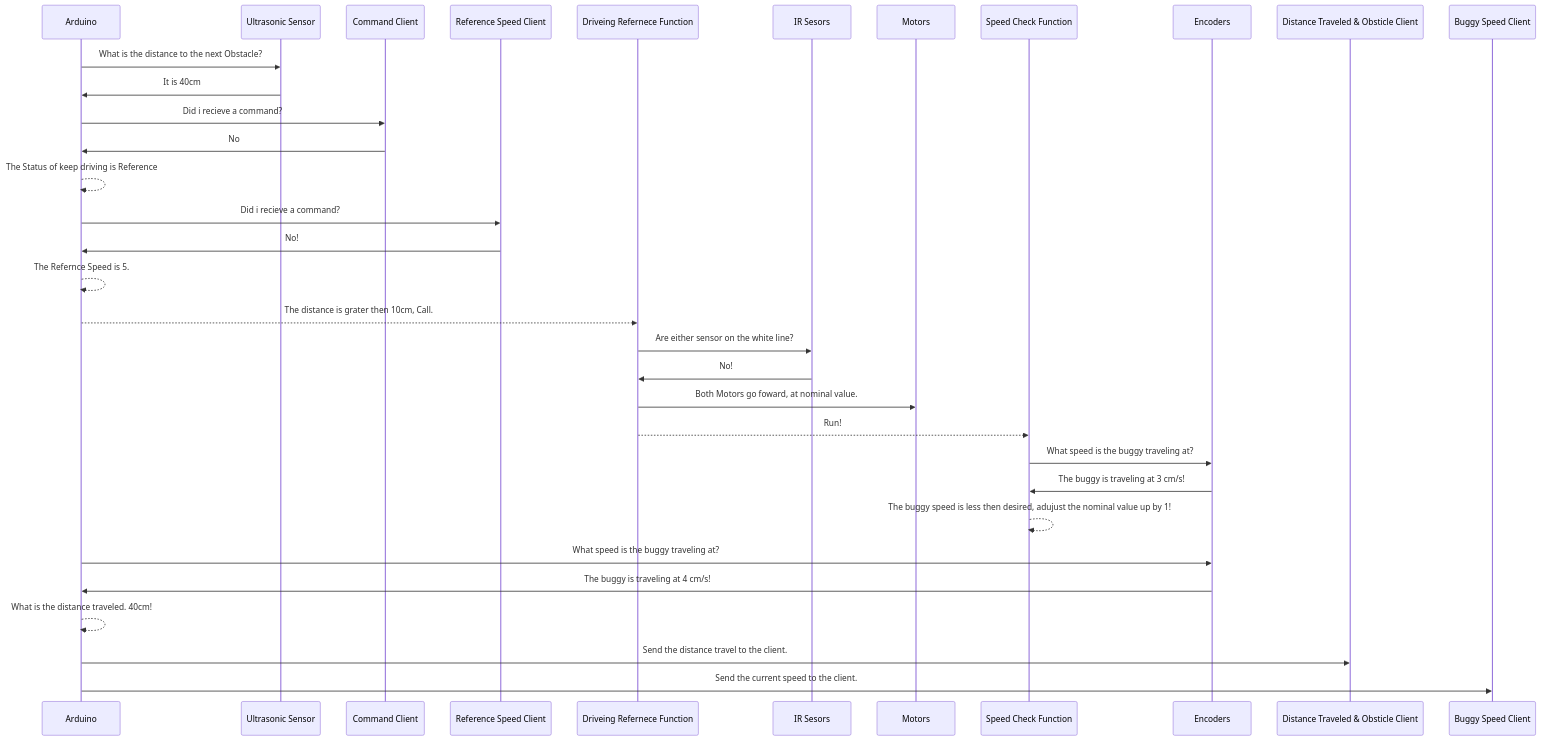
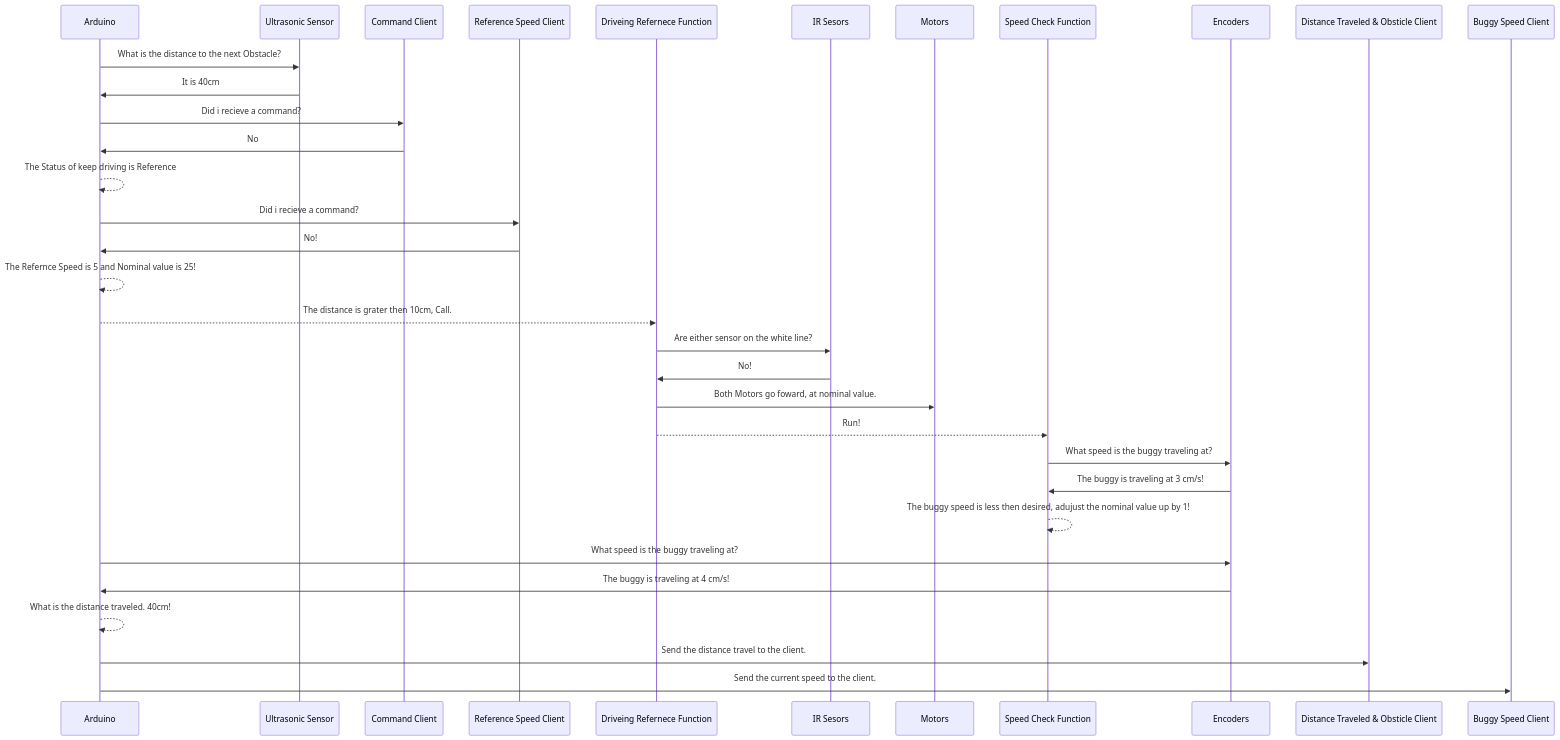
Before and after one commit to Reuben-Colman/2E10_BuggyCodeBase: the fifth of 10 diagrams in Silver Code/SilverSequenceDiagrams.md, drawn with Mermaid. The commit also changed other lines of this file and 1 other file, not shown here.

Commit message:
Sequence Diagrams

````diff
--- a/Silver Code/SilverSequenceDiagrams.md
+++ b/Silver Code/SilverSequenceDiagrams.md
@@ -76,25 +80,24 @@
 ```mermaid
 sequenceDiagram
   Arduino ->> Ultrasonic Sensor: What is the distance to the next Obstacle?
   Ultrasonic Sensor ->> Arduino: It is 40cm 
   Arduino ->> Command Client: Did i recieve a command?
   Command Client ->> Arduino: No
   Arduino -->> Arduino: The Status of keep driving is Reference
-
   Arduino ->> Reference Speed Client: Did i recieve a command?
   Reference Speed Client ->> Arduino: No!
-  Arduino -->> Arduino: The Refernce Speed is 5.
+  Arduino -->> Arduino: The Refernce Speed is 5 and Nominal value is 25!
   Arduino -->> Driveing Refernece Function: The distance is grater then 10cm, Call.
   Driveing Refernece Function ->> IR Sesors: Are either sensor on the white line?
   IR Sesors ->> Driveing Refernece Function: No!
   Driveing Refernece Function ->> Motors: Both Motors go foward, at nominal value.
   Driveing Refernece Function -->> Speed Check Function: Run!
   Speed Check Function ->> Encoders: What speed is the buggy traveling at?
   Encoders ->> Speed Check Function: The buggy is traveling at 3 cm/s!
   Speed Check Function -->> Speed Check Function: The buggy speed is less then desired, adujust the nominal value up by 1!
   Arduino ->> Encoders: What speed is the buggy traveling at?
   Encoders ->> Arduino: The buggy is traveling at 4 cm/s!
   Arduino -->> Arduino: What is the distance traveled. 40cm!
   Arduino ->> Distance Traveled & Obsticle Client: Send the distance travel to the client.
   Arduino ->> Buggy Speed Client: Send the current speed to the client.
 ```
````
